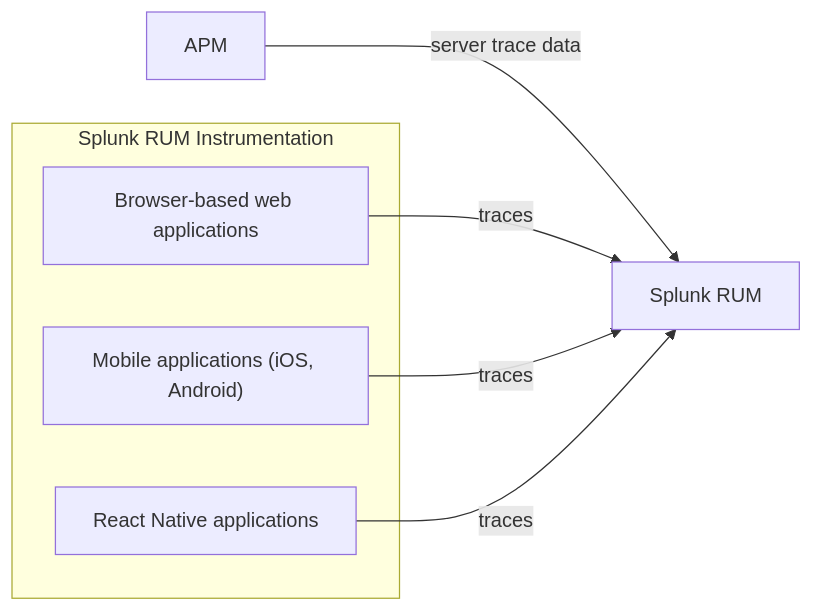
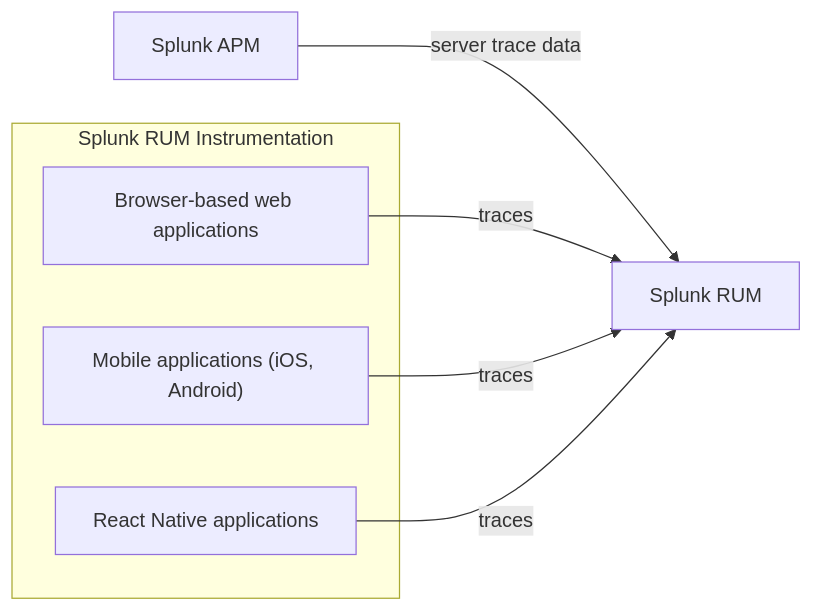
The diagram in gdi/get-data-in/rum/rum-instrumentation.rst (splunk/public-o11y-docs), drawn with Mermaid before and after one commit.

Commit message:
splunk apm correction

```diff
--- a/gdi/get-data-in/rum/rum-instrumentation.rst
+++ b/gdi/get-data-in/rum/rum-instrumentation.rst
@@ -20,17 +20,17 @@
 .. mermaid::
    
    flowchart LR
       subgraph "Splunk RUM Instrumentation"
       B["Browser-based web applications"]
       M["Mobile applications (iOS, Android)"]
       R["React Native applications"]
       end
 
-      APM 
-      APM -- "server trace data" --> S
+      A["Splunk APM"]
+      A -- "server trace data" --> S
 
       B -- traces --> S
       M -- traces --> S
       R -- traces --> S
 
       S["Splunk RUM"]
```
